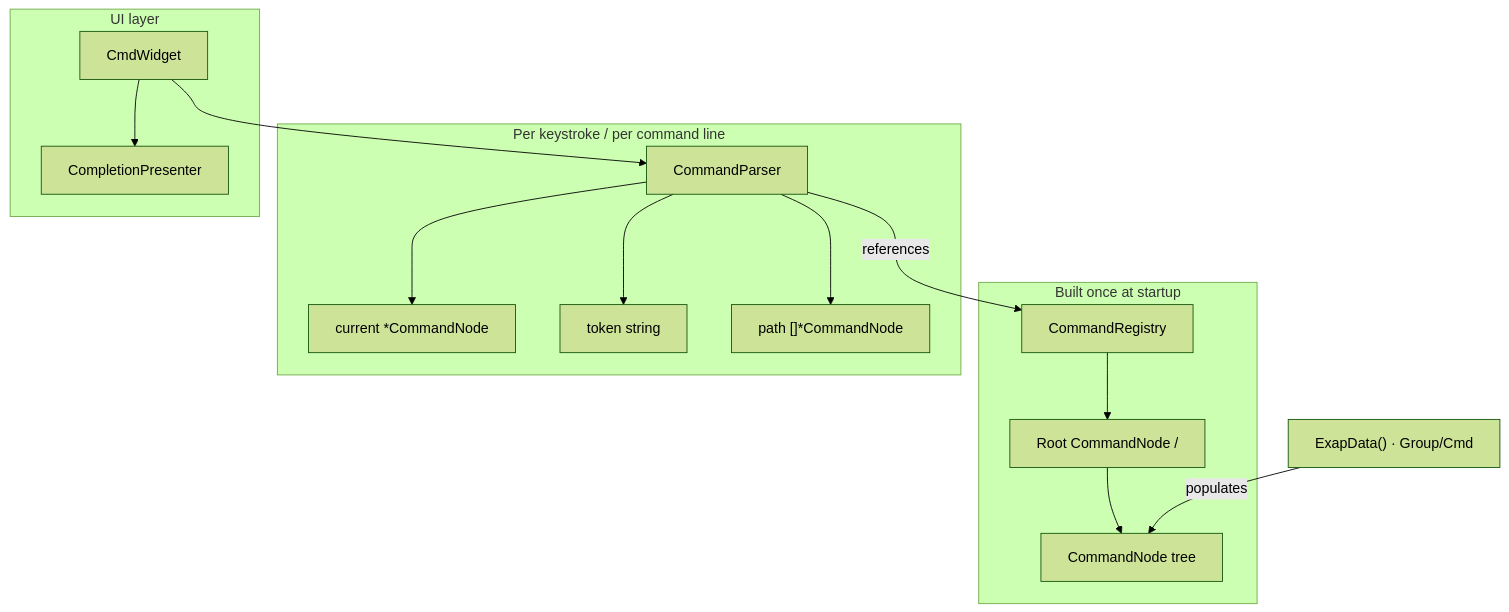
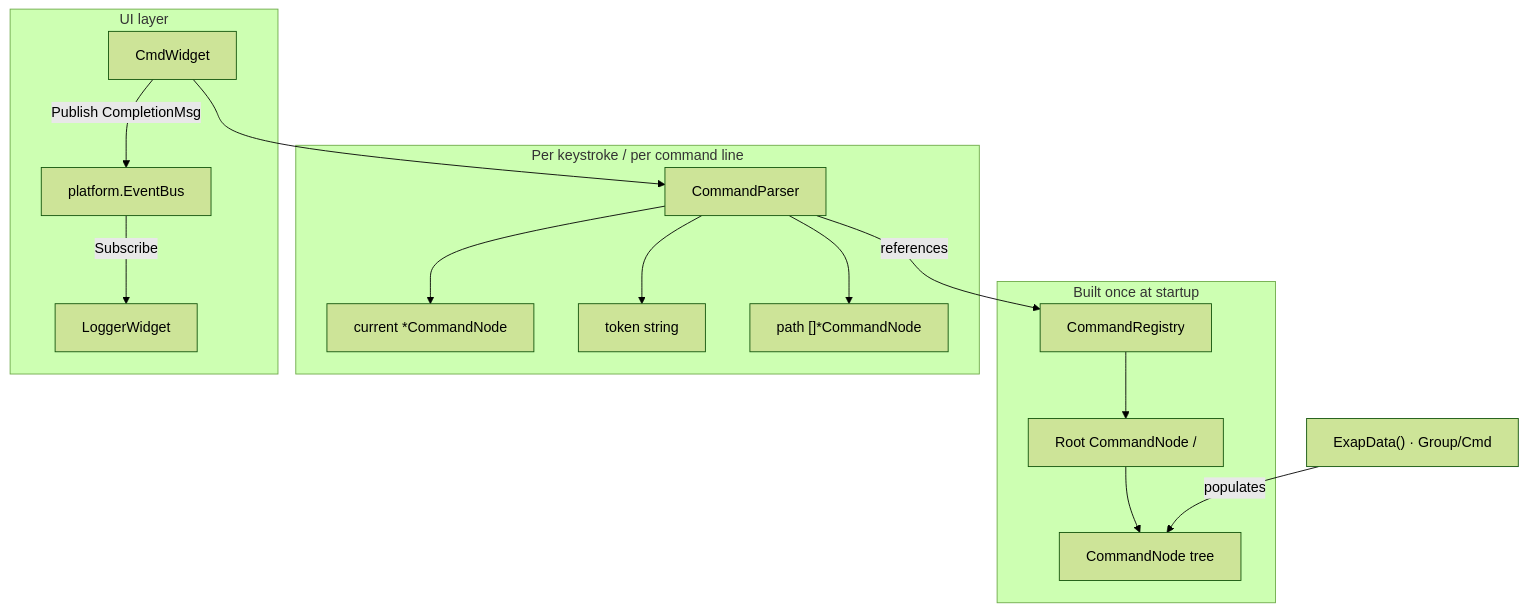
One commit to yairgd/gdbforge changed the first of 2 diagrams in docs/COMMAND_SYSTEM.md. Above: the diagram before and after it, drawn with Mermaid (forest theme). The commit also changed other lines of this file and 15 other files, not shown here.

````diff
--- a/docs/COMMAND_SYSTEM.md
+++ b/docs/COMMAND_SYSTEM.md
@@ -27,30 +27,32 @@
 ```mermaid
 flowchart TB
     subgraph static ["Built once at startup"]
         Registry["CommandRegistry"]
         Root["Root CommandNode /"]
         Tree["CommandNode tree"]
         Registry --> Root
         Root --> Tree
     end
 
     subgraph dynamic ["Per keystroke / per command line"]
         Parser["CommandParser"]
         Current["current *CommandNode"]
         Token["token string"]
         Path["path []*CommandNode"]
         Parser --> Current
         Parser --> Token
         Parser --> Path
     end
 
     subgraph ui ["UI layer"]
         CmdW["CmdWidget"]
-        Presenter["CompletionPresenter"]
+        Bus["platform.EventBus"]
+        LogW["LoggerWidget"]
         CmdW --> Parser
-        CmdW --> Presenter
+        CmdW -->|"Publish CompletionMsg"| Bus
+        Bus -->|"Subscribe"| LogW
     end
 
     Parser -->|"references"| Registry
     DSL["ExapData() · Group/Cmd"] -->|"populates"| Tree
 ```
````
